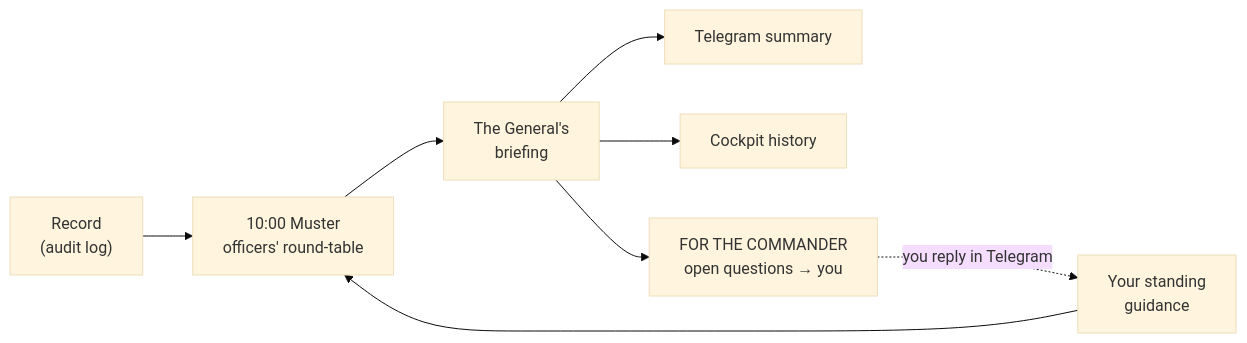
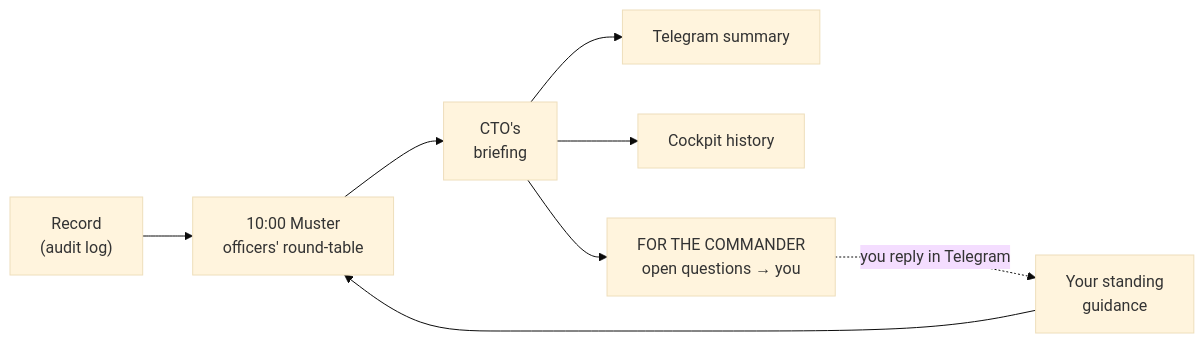
Before and after one commit to roman-berlin/Elite-Squad: the third of 3 diagrams in ORG.md, drawn with Mermaid (base theme). The commit also changed other lines of this file, not shown here.

````diff
--- a/ORG.md
+++ b/ORG.md
@@ -80,10 +80,10 @@
 ```mermaid
 flowchart LR
     REC["Record<br/>(audit log)"] --> M["10:00 Muster<br/>officers' round-table"]
     NOTES["Your standing<br/>guidance"] --> M
-    M --> BRF["The General's<br/>briefing"]
+    M --> BRF["CTO's<br/>briefing"]
     BRF --> TG["Telegram summary"]
     BRF --> DASH["Cockpit history"]
     BRF --> Q["FOR THE COMMANDER<br/>open questions → you"]
     Q -. "you reply in Telegram" .-> NOTES
 ```
````
